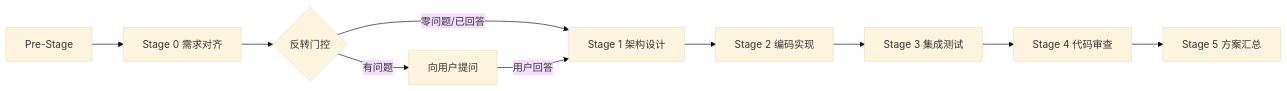
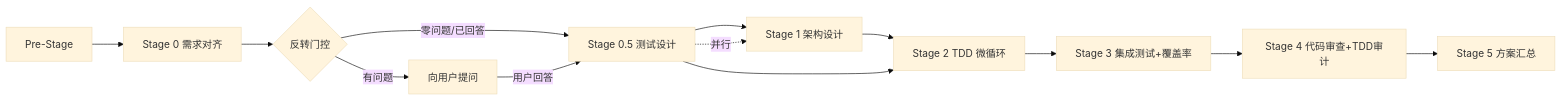
One commit to 1234567KF/ChronoCoding changed the diagram in .claude/skills/kf-multi-team-compete/pipeline.md. Above: the diagram before and after it, drawn with Mermaid (base theme). The commit also changed other lines of this file and 9 other files, not shown here.

````diff
--- a/.claude/skills/kf-multi-team-compete/pipeline.md
+++ b/.claude/skills/kf-multi-team-compete/pipeline.md
@@ -72,12 +73,15 @@
 ```mermaid
 graph LR
     PS[Pre-Stage] --> S0[Stage 0 需求对齐]
     S0 --> IG{反转门控}
-    IG -->|零问题/已回答| S1[Stage 1 架构设计]
+    IG -->|零问题/已回答| S05[Stage 0.5 测试设计]
     IG -->|有问题| Q[向用户提问]
-    Q -->|用户回答| S1
-    S1 --> S2[Stage 2 编码实现]
-    S2 --> S3[Stage 3 集成测试]
-    S3 --> S4[Stage 4 代码审查]
+    Q -->|用户回答| S05
+    S05 --> S1[Stage 1 架构设计]
+    S05 -.->|并行| S1
+    S1 --> S2[Stage 2 TDD 微循环]
+    S05 --> S2
+    S2 --> S3[Stage 3 集成测试+覆盖率]
+    S3 --> S4[Stage 4 代码审查+TDD审计]
     S4 --> S5[Stage 5 方案汇总]
 ```
````
